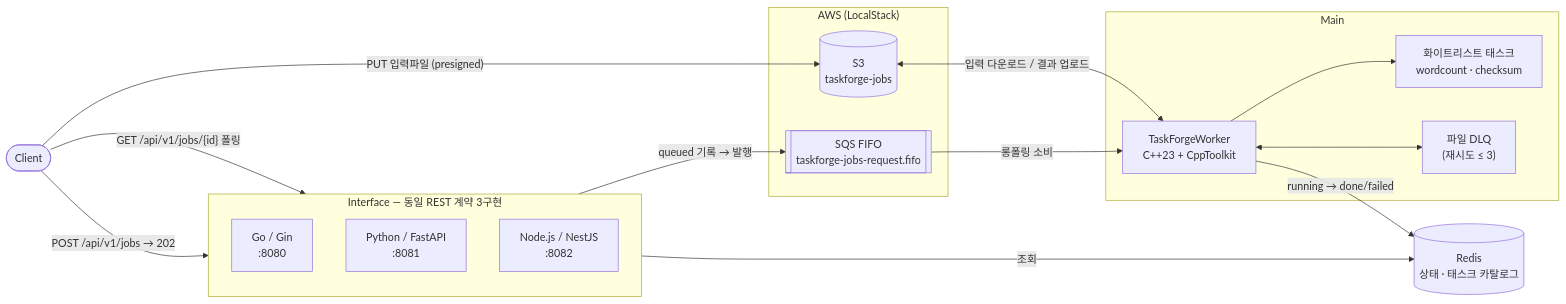
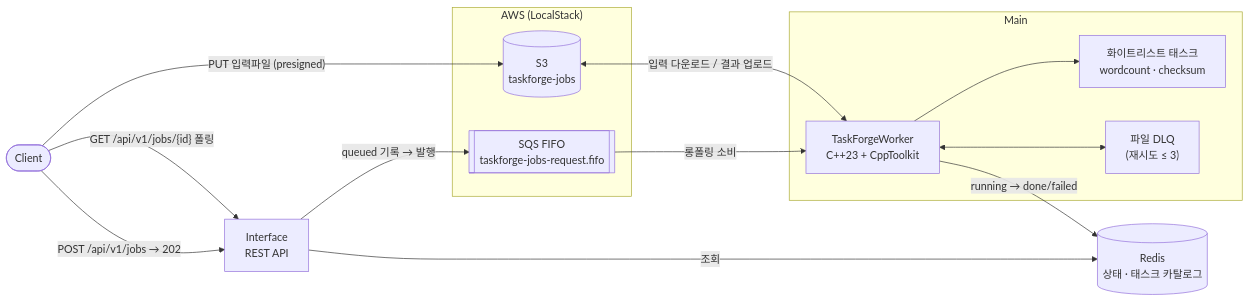
The first of 2 diagrams in README.md (ngee044/yirang-taskforge), drawn with Mermaid before and after one commit. The commit also changed other lines of this file and 8 other files, not shown here.

````diff
--- a/README.md
+++ b/README.md
@@ -9,34 +9,30 @@
 ```mermaid
 flowchart LR
     Client([Client])
 
-    subgraph Interface["Interface — 동일 REST 계약 3구현"]
-        GO["Go / Gin<br/>:8080"]
-        PY["Python / FastAPI<br/>:8081"]
-        JS["Node.js / NestJS<br/>:8082"]
-    end
+    Interface["Interface<br/>REST API"]
 
     subgraph AWS["AWS (LocalStack)"]
         SQS[["SQS FIFO<br/>taskforge-jobs-request.fifo"]]
         S3[("S3<br/>taskforge-jobs")]
     end
 
     REDIS[("Redis<br/>상태 · 태스크 카탈로그")]
 
     subgraph Main["Main"]
         WORKER["TaskForgeWorker<br/>C++23 + CppToolkit"]
         TASKS["화이트리스트 태스크<br/>wordcount · checksum"]
         DLQ["파일 DLQ<br/>(재시도 ≤ 3)"]
     end
 
     Client -->|"POST /api/v1/jobs → 202"| Interface
     Client -->|"PUT 입력파일 (presigned)"| S3
     Client -->|"GET /api/v1/jobs/{id} 폴링"| Interface
     Interface -->|"queued 기록 → 발행"| SQS
     Interface -->|조회| REDIS
     SQS -->|롱폴링 소비| WORKER
     S3 <-->|"입력 다운로드 / 결과 업로드"| WORKER
     WORKER --> TASKS
     WORKER -->|"running → done/failed"| REDIS
     WORKER <--> DLQ
 ```
````
